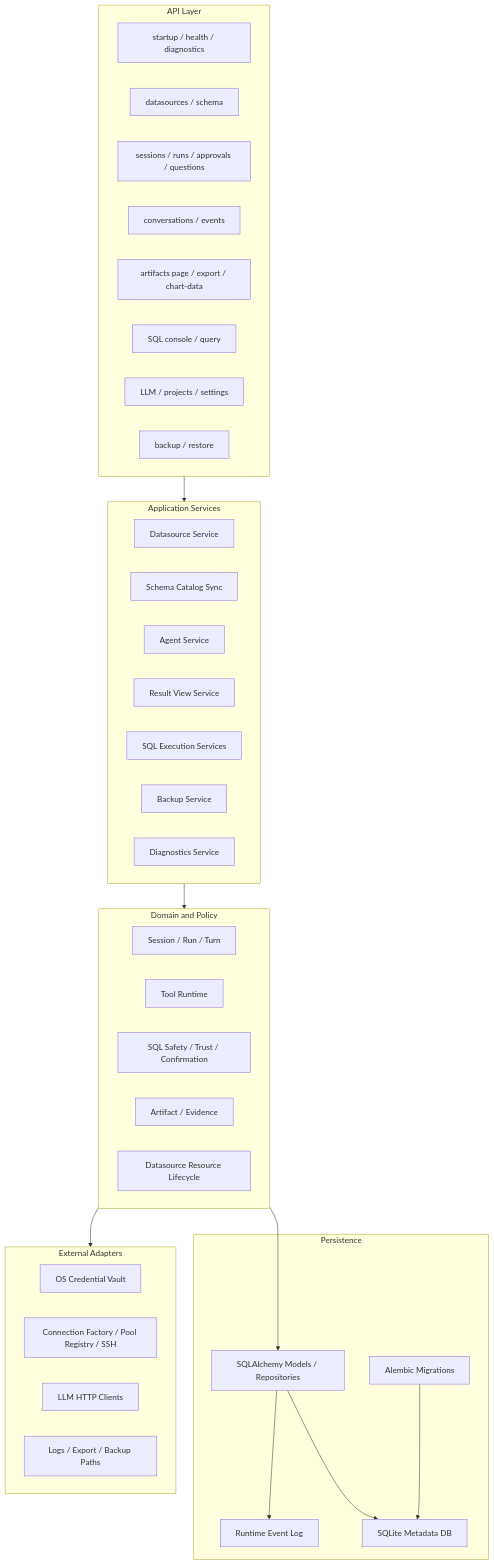
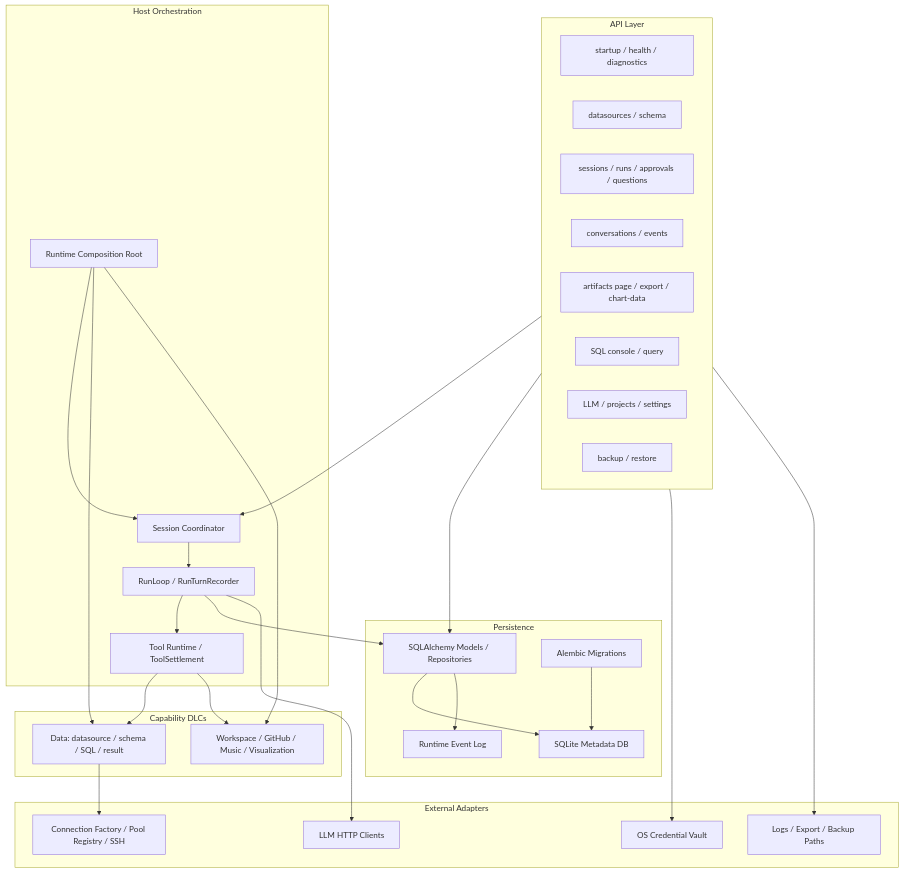
One commit to trrueee/DBFox changed the second of 8 diagrams in docs/architecture/backend.md. Above: the diagram before and after it, drawn with Mermaid. The commit also changed other lines of this file and 86 other files, not shown here.

Commit message:
feat(dlc): project resource inventory contract across core and dlcs

````diff
--- a/docs/architecture/backend.md
+++ b/docs/architecture/backend.md
@@ -39,52 +47,54 @@
 ```mermaid
 flowchart TB
   subgraph API["API Layer"]
     HEALTH["startup / health / diagnostics"]
     DATASOURCE["datasources / schema"]
     AGENT["sessions / runs / approvals / questions"]
     CONV["conversations / events"]
     ARTAPI["artifacts page / export / chart-data"]
     SQLAPI["SQL console / query"]
     CONFIG["LLM / projects / settings"]
     BACKUP["backup / restore"]
   end
 
-  subgraph Application["Application Services"]
-    DSSVC["Datasource Service"]
-    SCHEMA["Schema Catalog Sync"]
-    AGENTSVC["Agent Service"]
-    RESULT["Result View Service"]
-    QUERY["SQL Execution Services"]
-    BACKUPSVC["Backup Service"]
-    DIAG["Diagnostics Service"]
+  subgraph Orchestration["Host Orchestration"]
+    COMPOSE["Runtime Composition Root"]
+    COORD["Session Coordinator"]
+    LOOP["RunLoop / RunTurnRecorder"]
+    TOOL["Tool Runtime / ToolSettlement"]
   end
 
-  subgraph Domain["Domain and Policy"]
-    SESSION["Session / Run / Turn"]
-    TOOL["Tool Runtime"]
-    SAFETY["SQL Safety / Trust / Confirmation"]
-    ART["Artifact / Evidence"]
-    RESOURCE["Datasource Resource Lifecycle"]
+  subgraph Capabilities["Capability DLCs"]
+    DATA["Data: datasource / schema / SQL / result"]
+    OTHER["Workspace / GitHub / Music / Visualization"]
   end
 
   subgraph Persistence["Persistence"]
     ORM["SQLAlchemy Models / Repositories"]
     MIGRATION["Alembic Migrations"]
     EVENT["Runtime Event Log"]
     META["SQLite Metadata DB"]
   end
 
   subgraph Adapters["External Adapters"]
     VAULT["OS Credential Vault"]
     CONNECT["Connection Factory / Pool Registry / SSH"]
     MODEL["LLM HTTP Clients"]
     FILES["Logs / Export / Backup Paths"]
   end
 
-  API --> Application
-  Application --> Domain
-  Domain --> ORM --> META
+  API --> COORD
+  API --> ORM
+  COMPOSE --> COORD --> LOOP --> TOOL
+  COMPOSE --> DATA
+  COMPOSE --> OTHER
+  TOOL --> DATA
+  TOOL --> OTHER
+  LOOP --> ORM --> META
   ORM --> EVENT
   MIGRATION --> META
-  Domain --> Adapters
+  LOOP --> MODEL
+  DATA --> CONNECT
+  API --> VAULT
+  API --> FILES
 ```
````
